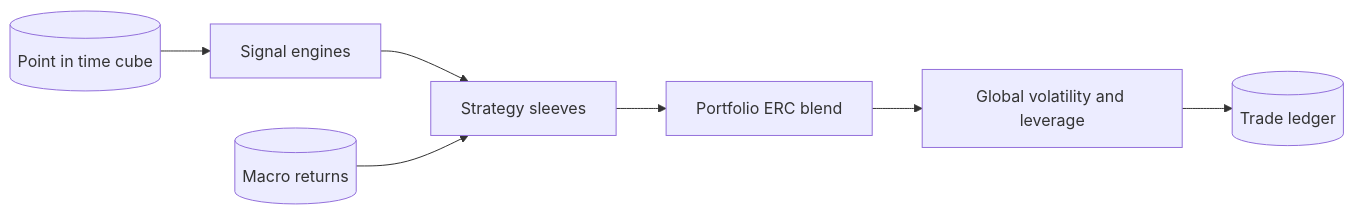
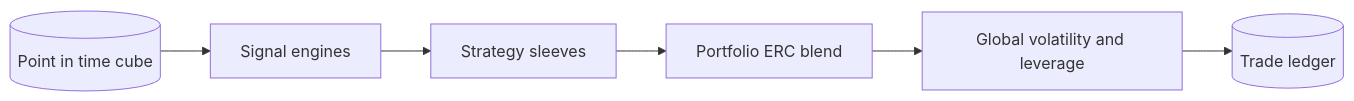
Before and after one commit to alexandredelarrard/PEA: the diagram in wiki/reference/modelling-and-portfolio.md, drawn with Mermaid. The commit also changed other lines of this file and 12 other files, not shown here.

````diff
--- a/wiki/reference/modelling-and-portfolio.md
+++ b/wiki/reference/modelling-and-portfolio.md
@@ -15,9 +15,8 @@
 ```mermaid
 flowchart LR
   Cube[(Point in time cube)] --> Engines[Signal engines]
   Engines --> Sleeves[Strategy sleeves]
-  Macro[(Macro returns)] --> Sleeves
   Sleeves --> Blend[Portfolio ERC blend]
   Blend --> Risk[Global volatility and leverage]
   Risk --> Ledger[(Trade ledger)]
 ```
````
